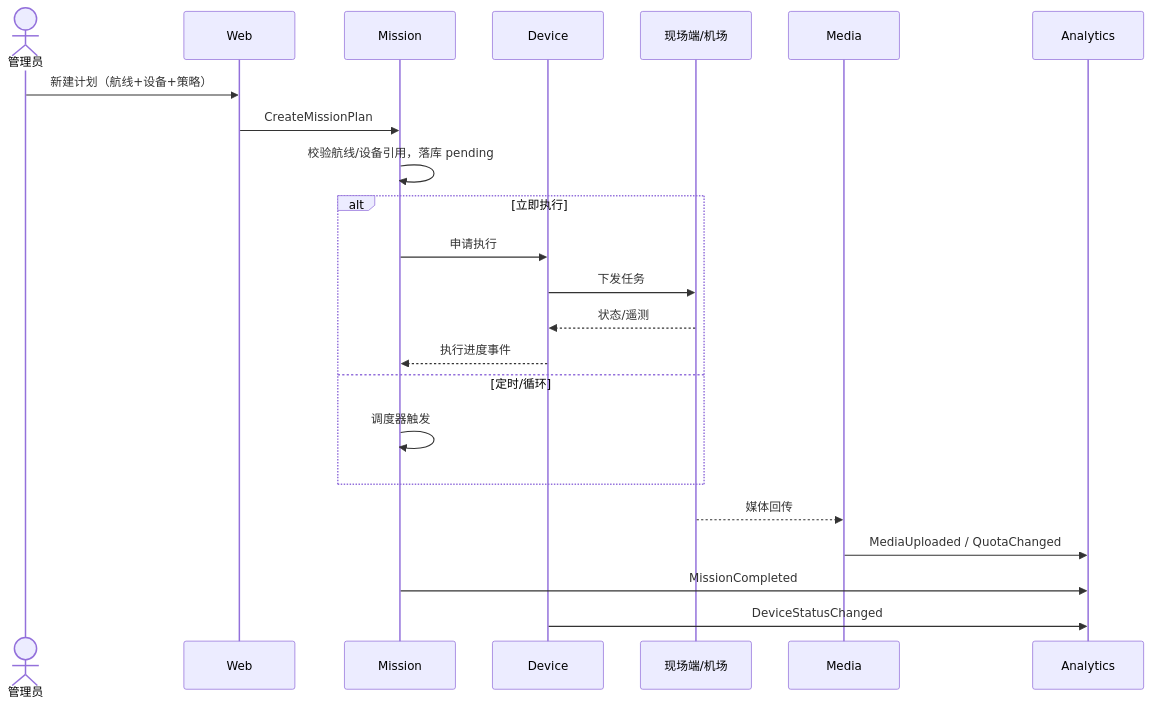
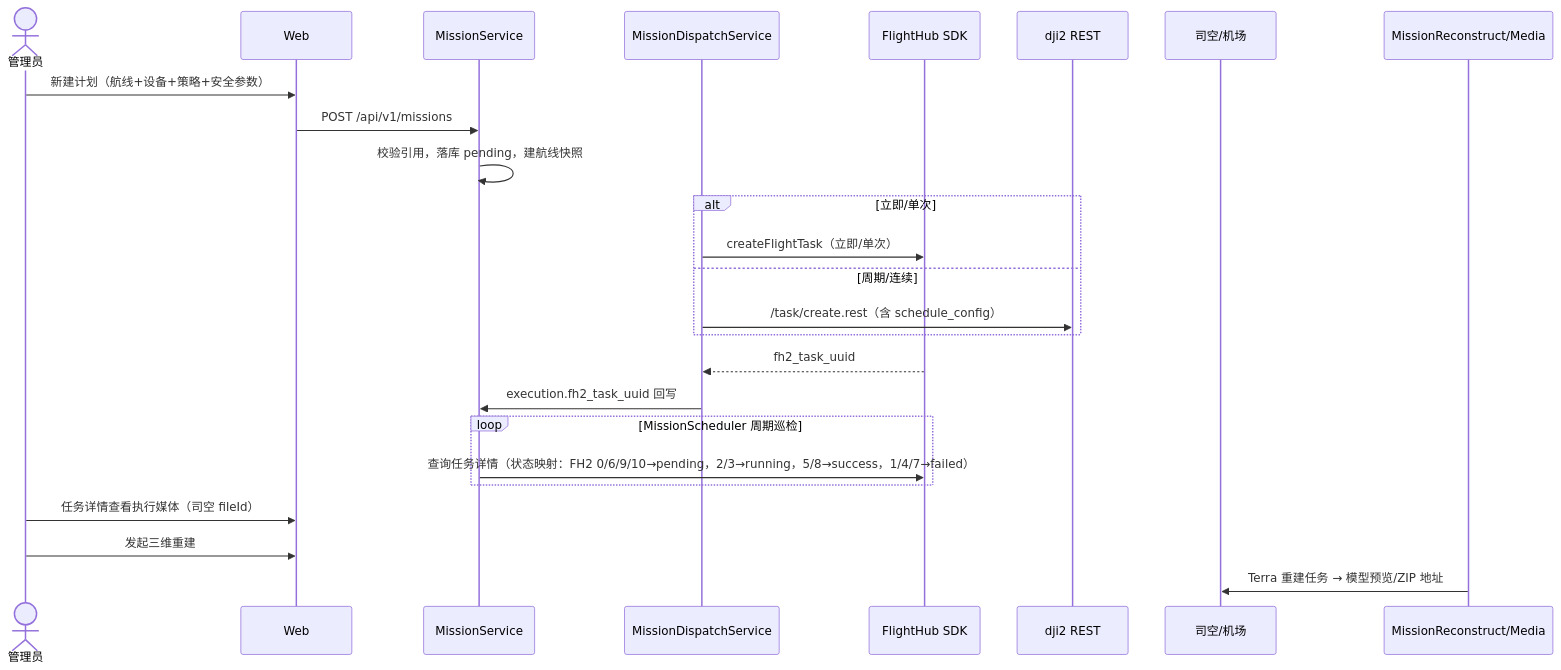
One commit to 270220320/paasPlatform changed the third of 5 diagrams in docs/03-design/preliminary/preliminary-design.md. Above: the diagram before and after it, drawn with Mermaid. The commit also changed other lines of this file and 63 other files, not shown here.

````diff
--- a/docs/03-design/preliminary/preliminary-design.md
+++ b/docs/03-design/preliminary/preliminary-design.md
@@ -168,26 +212,28 @@
 ```mermaid
 sequenceDiagram
   actor Admin as 管理员
   participant Web
-  participant Mission
-  participant Device
-  participant Field as 现场端/机场
-  participant Media
-  participant Analytics
+  participant MSN as MissionService
+  participant DSP as MissionDispatchService
+  participant SDK as FlightHub SDK
+  participant DJI2 as dji2 REST
+  participant FH2 as 司空/机场
+  participant MED as MissionReconstruct/Media
 
-  Admin->>Web: 新建计划（航线+设备+策略）
-  Web->>Mission: CreateMissionPlan
-  Mission->>Mission: 校验航线/设备引用，落库 pending
-  alt 立即执行
-    Mission->>Device: 申请执行
-    Device->>Field: 下发任务
-    Field-->>Device: 状态/遥测
-    Device-->>Mission: 执行进度事件
-  else 定时/循环
-    Mission->>Mission: 调度器触发
+  Admin->>Web: 新建计划（航线+设备+策略+安全参数）
+  Web->>MSN: POST /api/v1/missions
+  MSN->>MSN: 校验引用，落库 pending，建航线快照
+  alt 立即/单次
+    DSP->>SDK: createFlightTask（立即/单次）
+  else 周期/连续
+    DSP->>DJI2: /task/create.rest（含 schedule_config）
   end
-  Field-->>Media: 媒体回传
-  Media->>Analytics: MediaUploaded / QuotaChanged
-  Mission->>Analytics: MissionCompleted
-  Device->>Analytics: DeviceStatusChanged
+  SDK-->>DSP: fh2_task_uuid
+  DSP->>MSN: execution.fh2_task_uuid 回写
+  loop MissionScheduler 周期巡检
+    MSN->>SDK: 查询任务详情（状态映射：FH2 0/6/9/10→pending，2/3→running，5/8→success，1/4/7→failed）
+  end
+  Admin->>Web: 任务详情查看执行媒体（司空 fileId）
+  Admin->>Web: 发起三维重建
+  MED->>FH2: Terra 重建任务 → 模型预览/ZIP 地址
 ```
````
